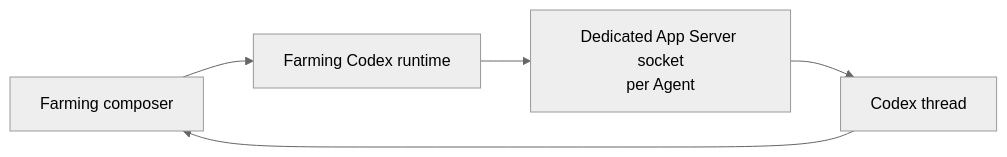
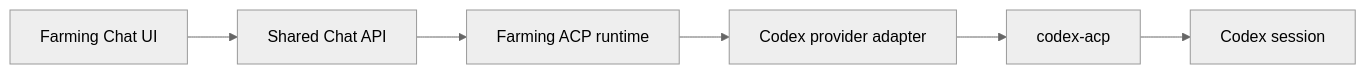
One commit to zhuwenzhuang/farming changed the diagram in docs/products/code/codex-runtime.md. Above: the diagram before and after it, drawn with Mermaid (neutral theme). The commit also changed other lines of this file and 68 other files, not shown here.

Commit message:
refactor: make Codex chat ACP-only

````diff
--- a/docs/products/code/codex-runtime.md
+++ b/docs/products/code/codex-runtime.md
@@ -26,7 +16,8 @@
 ```mermaid
 flowchart LR
-  Chat["Farming composer"] --> Runtime["Farming Codex runtime"]
-  Runtime --> Socket["Dedicated App Server socket<br/>per Agent"]
-  Socket --> Thread["Codex thread"]
-  Thread --> Chat
+  Browser["Farming Chat UI"] --> API["Shared Chat API"]
+  API --> ACP["Farming ACP runtime"]
+  ACP --> Adapter["Codex provider adapter"]
+  Adapter --> CodexACP["codex-acp"]
+  CodexACP --> Codex["Codex session"]
 ```
````
